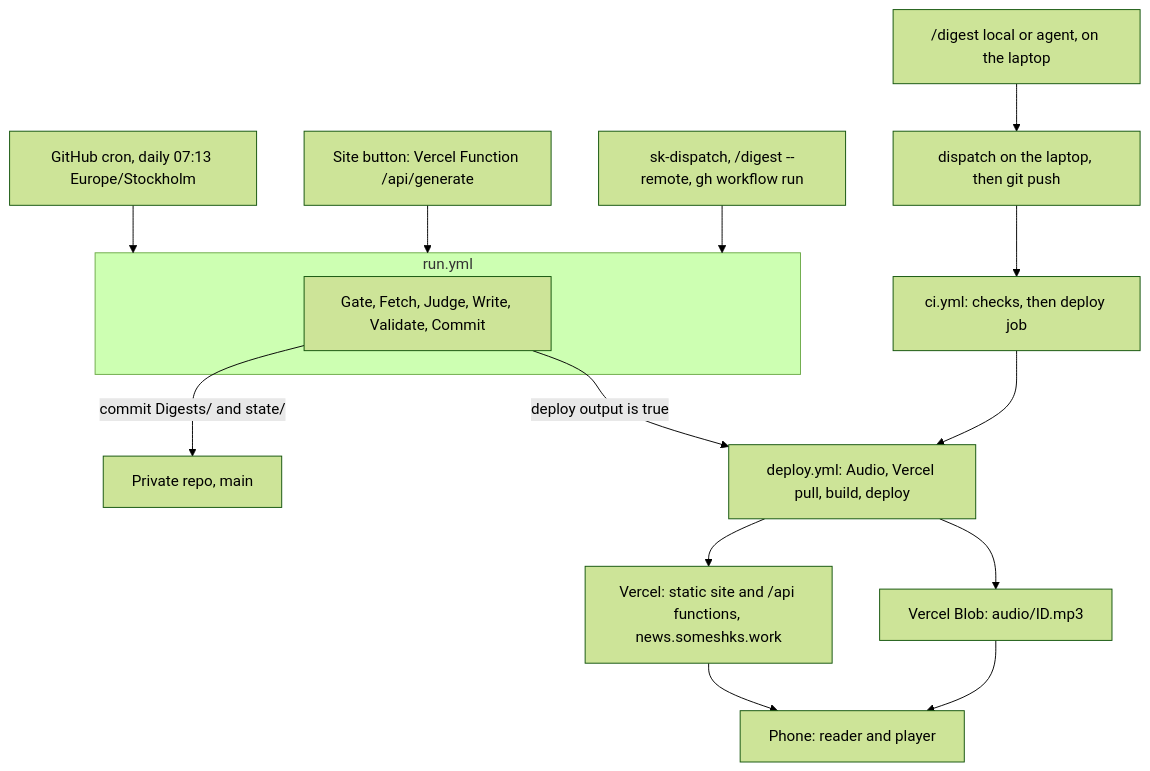
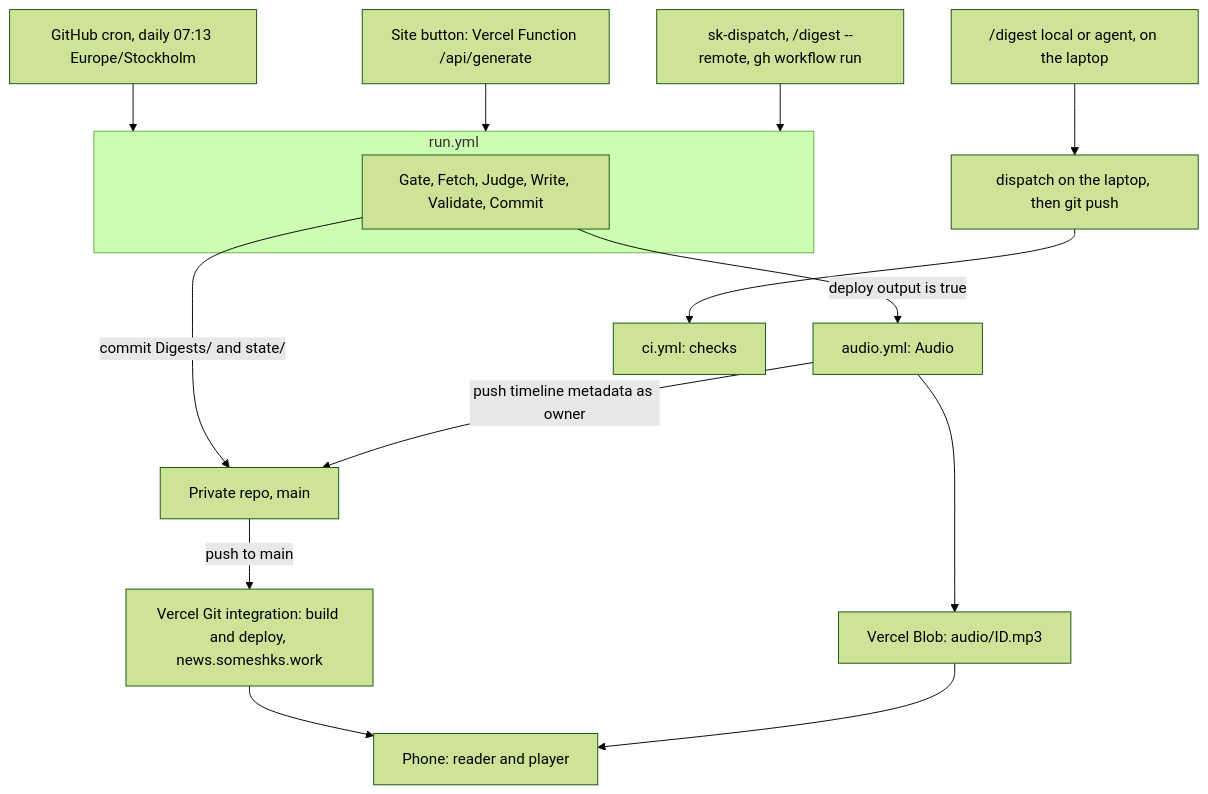
Before and after one commit to somesh-ks/knowledge-hub: the diagram in docs/build-plan.md, drawn with Mermaid (forest theme). The commit also changed other lines of this file and 22 other files, not shown here.

First line of the commit message:
feat(deploy): deploy through the Vercel Git integration and commit as the owner

````diff
--- a/docs/build-plan.md
+++ b/docs/build-plan.md
@@ -73,20 +75,20 @@
 ```mermaid
 flowchart TD
     T1["GitHub cron, daily 07:13 Europe/Stockholm"] --> RUN
     T2["Site button: Vercel Function /api/generate"] --> RUN
     T3["sk-dispatch, /digest --remote, gh workflow run"] --> RUN
     T4["/digest local or agent, on the laptop"] --> LOCAL["dispatch on the laptop, then git push"]
 
     subgraph RUN["run.yml"]
         ENG["Gate, Fetch, Judge, Write, Validate, Commit"]
     end
 
     ENG -->|commit Digests/ and state/| REPO["Private repo, main"]
-    ENG -->|deploy output is true| DEP["deploy.yml: Audio, Vercel pull, build, deploy"]
-    LOCAL --> CI["ci.yml: checks, then deploy job"]
-    CI --> DEP
-    DEP --> BLOB["Vercel Blob: audio/ID.mp3"]
-    DEP --> VC["Vercel: static site and /api functions, news.someshks.work"]
+    REPO -->|push to main| VC["Vercel Git integration: build and deploy, news.someshks.work"]
+    ENG -->|deploy output is true| AUD["audio.yml: Audio"]
+    LOCAL --> CI["ci.yml: checks"]
+    AUD --> BLOB["Vercel Blob: audio/ID.mp3"]
+    AUD -->|push timeline metadata as owner| REPO
     VC --> PHONE["Phone: reader and player"]
     BLOB --> PHONE
 ```
````
